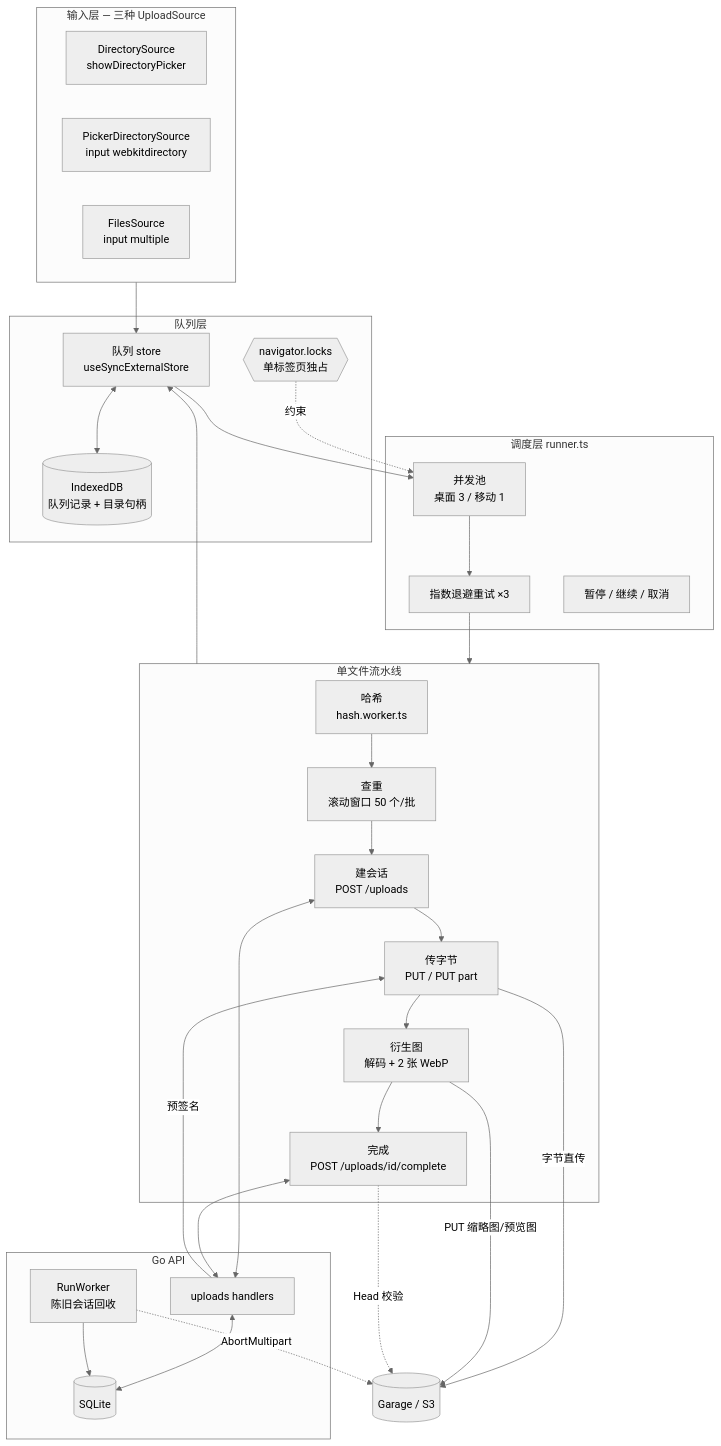
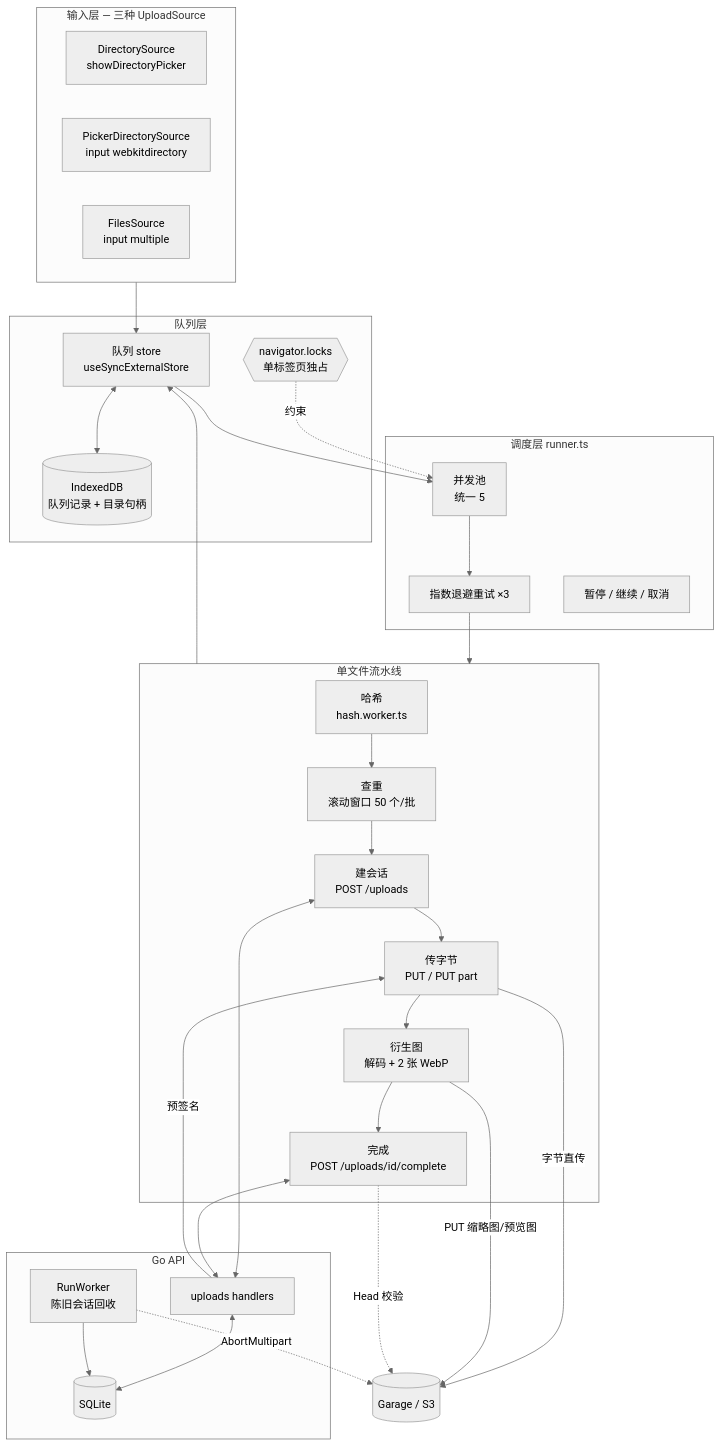
One commit to RainSunMe/family-gallery changed the first of 3 diagrams in docs/09-upload-queue.md. Above: the diagram before and after it, drawn with Mermaid (neutral theme). The commit also changed other lines of this file and 12 other files, not shown here.

````diff
--- a/docs/09-upload-queue.md
+++ b/docs/09-upload-queue.md
@@ -101,55 +101,55 @@
 ```mermaid
 flowchart TB
   subgraph IN[输入层 — 三种 UploadSource]
     D1[DirectorySource<br/>showDirectoryPicker]
     D2[PickerDirectorySource<br/>input webkitdirectory]
     D3[FilesSource<br/>input multiple]
   end
 
   subgraph Q[队列层]
     IDB[(IndexedDB<br/>队列记录 + 目录句柄)]
     STORE[队列 store<br/>useSyncExternalStore]
     LOCK{{navigator.locks<br/>单标签页独占}}
   end
 
   subgraph R[调度层 runner.ts]
-    POOL[并发池<br/>桌面 3 / 移动 1]
+    POOL[并发池<br/>统一 5]
     RETRY[指数退避重试 ×3]
     PAUSE[暂停 / 继续 / 取消]
   end
 
   subgraph P[单文件流水线]
     H[哈希<br/>hash.worker.ts]
     C[查重<br/>滚动窗口 50 个/批]
     CR[建会话<br/>POST /uploads]
     U[传字节<br/>PUT / PUT part]
     DV[衍生图<br/>解码 + 2 张 WebP]
     CP[完成<br/>POST /uploads/id/complete]
   end
 
   subgraph A[Go API]
     UP[uploads handlers]
     WK[RunWorker<br/>陈旧会话回收]
     DB[(SQLite)]
   end
 
   S3[(Garage / S3)]
 
   IN --> STORE
   STORE <--> IDB
   LOCK -.约束.-> POOL
   STORE --> POOL
   POOL --> RETRY --> P
   P --> STORE
   H --> C --> CR --> U
   U --> DV --> CP
   CR <--> UP
   CP <--> UP
   UP <--> DB
   UP -->|预签名| U
   U -->|字节直传| S3
   DV -->|PUT 缩略图/预览图| S3
   CP -.Head 校验.-> S3
   WK --> DB
   WK -.AbortMultipart.-> S3
 ```
````
